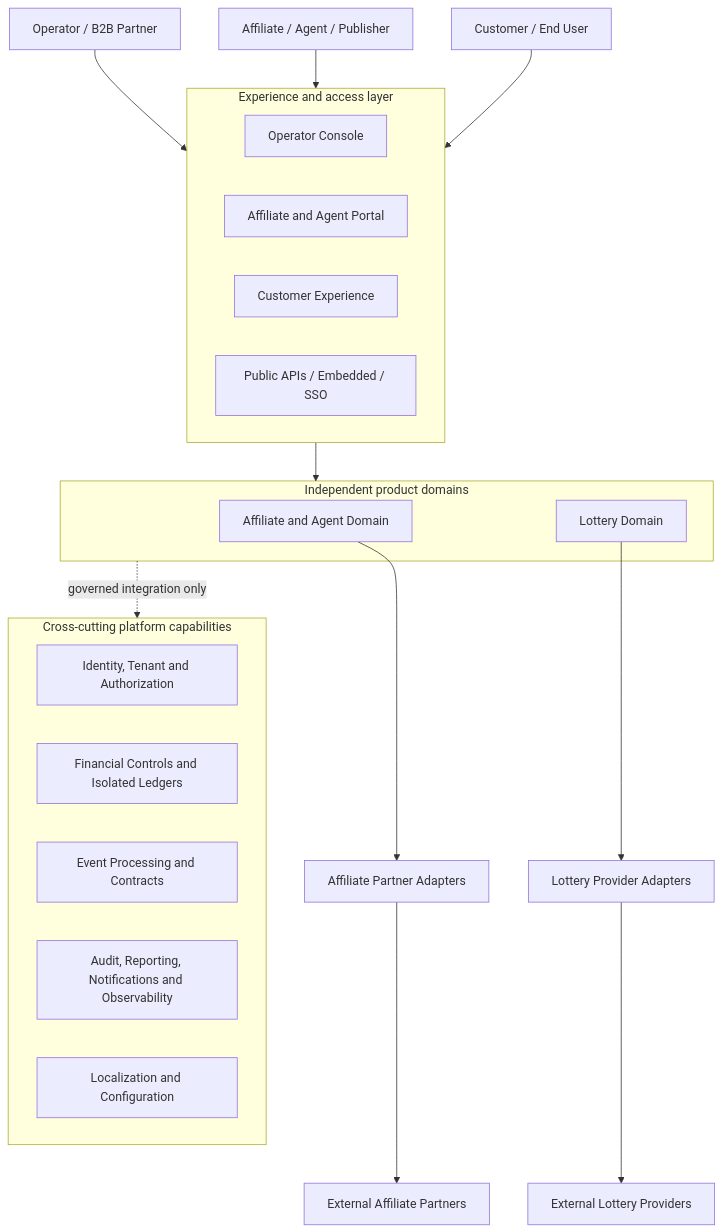
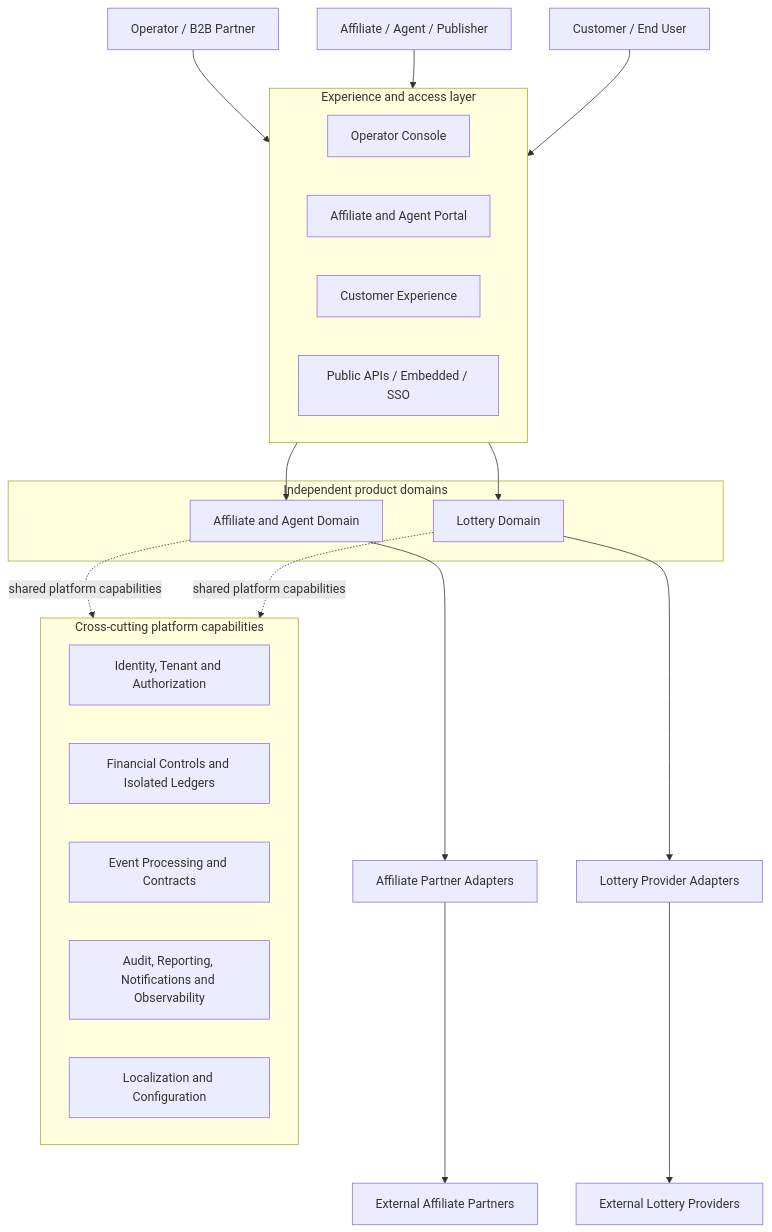
The first of 2 diagrams in README.md (tecpey/lottorito-platform), drawn with Mermaid before and after one commit. The commit also changed other lines of this file, not shown here.

Commit message:
docs(readme): correct cross-cutting architecture relationships

````diff
--- a/README.md
+++ b/README.md
@@ -72,36 +72,37 @@
 ```mermaid
 flowchart TB
     OP[Operator / B2B Partner] --> SURF
     AG[Affiliate / Agent / Publisher] --> SURF
     CU[Customer / End User] --> SURF
 
     subgraph SURF[Experience and access layer]
       OUI[Operator Console]
       AUI[Affiliate and Agent Portal]
       CUI[Customer Experience]
       API[Public APIs / Embedded / SSO]
     end
 
-    SURF --> CORE
-
     subgraph CORE[Independent product domains]
       AFF[Affiliate and Agent Domain]
       LOT[Lottery Domain]
     end
 
+    SURF --> AFF
+    SURF --> LOT
     AFF --> AAD[Affiliate Partner Adapters]
     LOT --> LAD[Lottery Provider Adapters]
 
-    CORE -. governed integration only .-> SHARED
+    AFF -. shared platform capabilities .-> SHARED
+    LOT -. shared platform capabilities .-> SHARED
 
     subgraph SHARED[Cross-cutting platform capabilities]
       IAM[Identity, Tenant and Authorization]
       FIN[Financial Controls and Isolated Ledgers]
       EVT[Event Processing and Contracts]
       OPS[Audit, Reporting, Notifications and Observability]
       LOC[Localization and Configuration]
     end
 
     AAD --> EXT1[External Affiliate Partners]
     LAD --> EXT2[External Lottery Providers]
 ```
````
